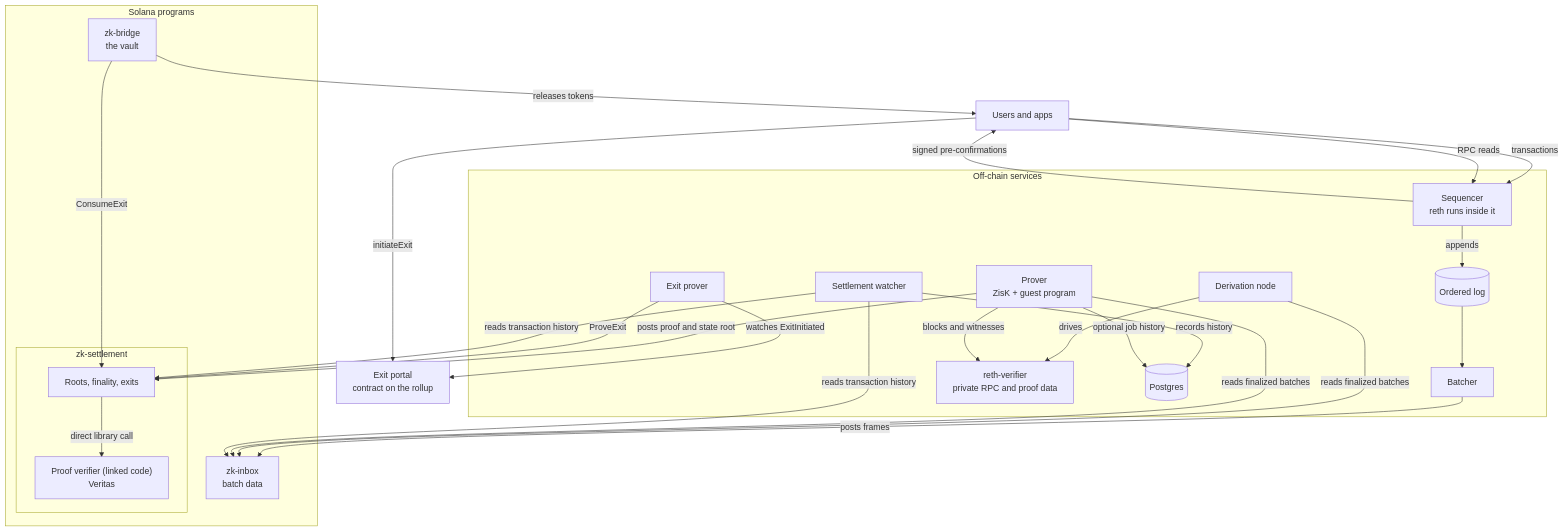
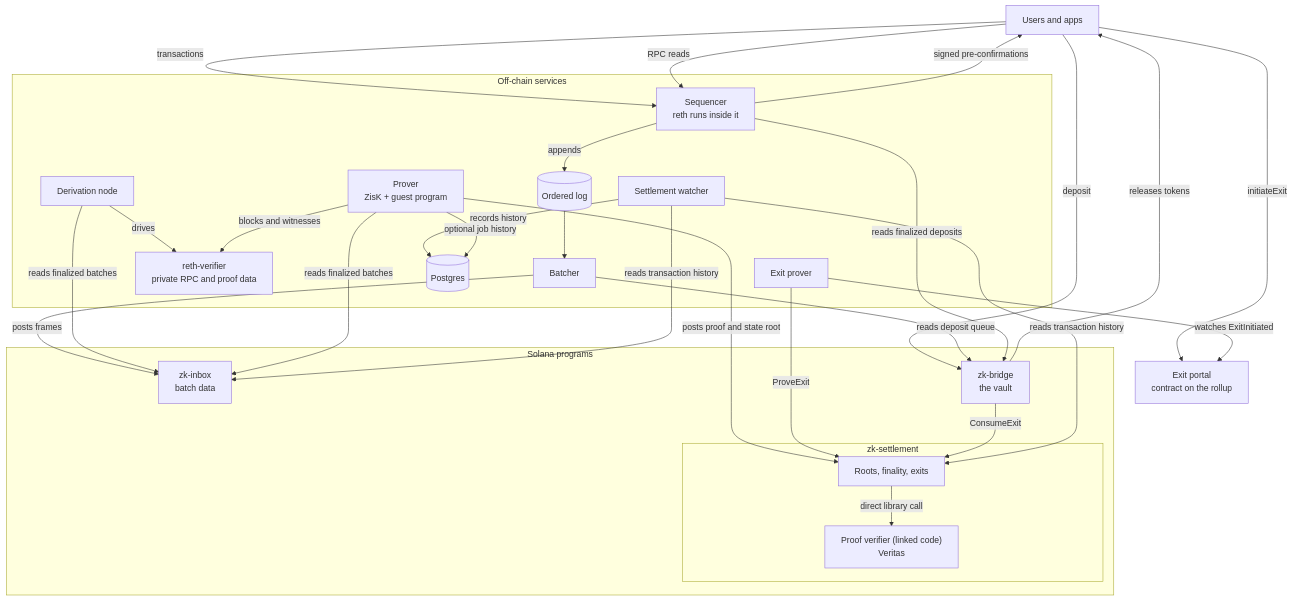
Before and after one commit to rome-protocol/rome-zk-evm: the diagram in docs/ARCHITECTURE.md, drawn with Mermaid. The commit also changed other lines of this file and 54 other files, not shown here.

````diff
--- a/docs/ARCHITECTURE.md
+++ b/docs/ARCHITECTURE.md
@@ -27,50 +28,53 @@
 ```mermaid
 flowchart TB
   USERS["Users and apps"]
   PORTAL["Exit portal<br/>contract on the rollup"]
 
   subgraph NODES["Off-chain services"]
     SEQ["Sequencer<br/>reth runs inside it"]
     LOG[("Ordered log")]
     BAT["Batcher"]
     DER["Derivation node"]
     RV["reth-verifier<br/>private RPC and proof data"]
     PRV["Prover<br/>ZisK + guest program"]
     XP["Exit prover"]
     SW["Settlement watcher"]
     PG[("Postgres")]
   end
 
   subgraph SOL["Solana programs"]
     INBOX["zk-inbox<br/>batch data"]
     subgraph SETTLE["zk-settlement"]
       ROOTS["Roots, finality, exits"]
       VER["Proof verifier (linked code)<br/>Veritas"]
     end
     VAULT["zk-bridge<br/>the vault"]
   end
 
   USERS -->|transactions| SEQ
   USERS -->|RPC reads| SEQ
   SEQ -->|signed pre-confirmations| USERS
   USERS -->|initiateExit| PORTAL
+  USERS -->|deposit| VAULT
   SEQ -->|appends| LOG
   LOG --> BAT
+  BAT -->|reads deposit queue| VAULT
+  SEQ -->|reads finalized deposits| VAULT
   BAT -->|posts frames| INBOX
 
   DER -->|reads finalized batches| INBOX
   DER -->|drives| RV
   PRV -->|reads finalized batches| INBOX
   PRV -->|blocks and witnesses| RV
   PRV -->|posts proof and state root| ROOTS
   ROOTS -->|direct library call| VER
 
   XP -->|watches ExitInitiated| PORTAL
   XP -->|ProveExit| ROOTS
   VAULT -->|ConsumeExit| ROOTS
   VAULT -->|releases tokens| USERS
   SW -->|reads transaction history| INBOX
   SW -->|reads transaction history| ROOTS
   SW -->|records history| PG
   PRV -->|optional job history| PG
 ```
````
